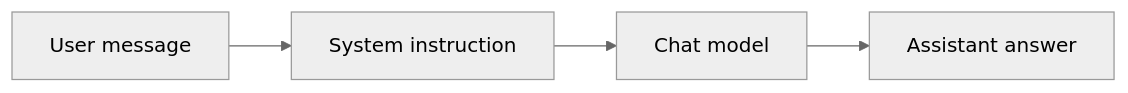
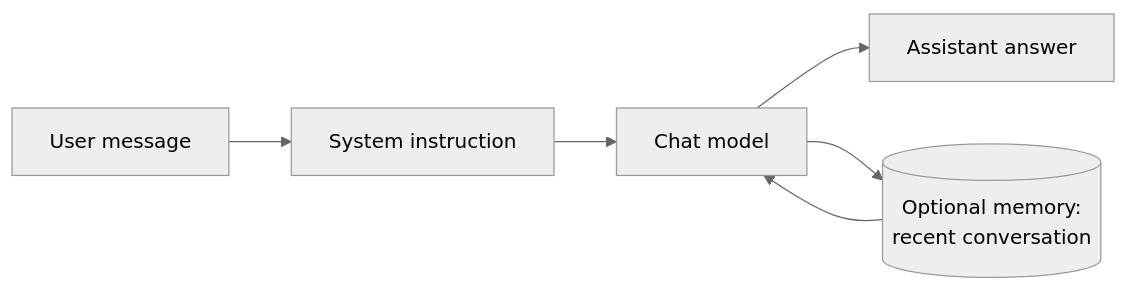
Before and after one commit to tulip-lab/agentic-AI-lab: the first of 3 diagrams in M03-Context-Orchestration/Flowise/M03B-Flowise-Chatbot-Prompt-Memory.md, drawn with Mermaid (neutral theme). The commit also changed other lines of this file and 30 other files, not shown here.

````diff
--- a/M03-Context-Orchestration/Flowise/M03B-Flowise-Chatbot-Prompt-Memory.md
+++ b/M03-Context-Orchestration/Flowise/M03B-Flowise-Chatbot-Prompt-Memory.md
@@ -20,6 +20,8 @@
 ```mermaid
 flowchart LR
     A[User message] --> B[System instruction]
     B --> C[Chat model]
     C --> D[Assistant answer]
+    E[("Optional memory:<br/>recent conversation")] --> C
+    C --> E
 ```
````
